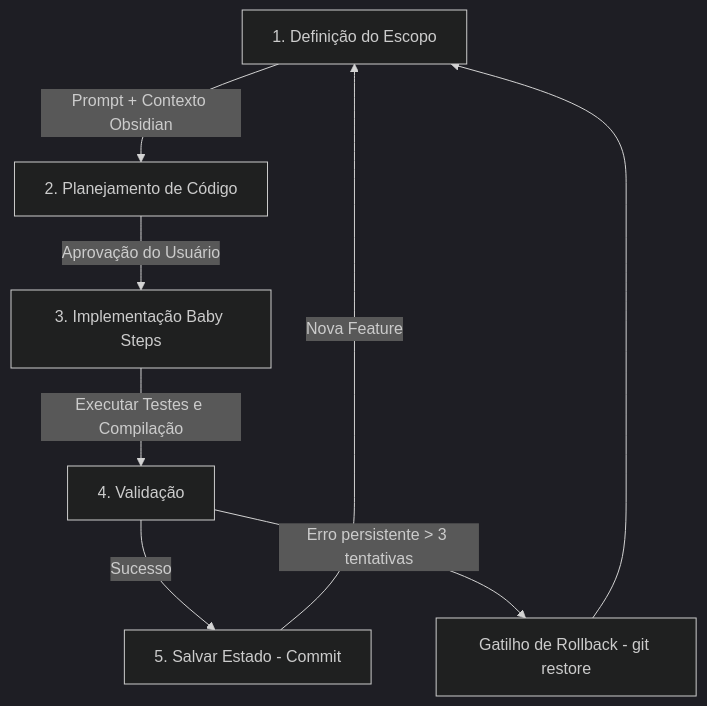
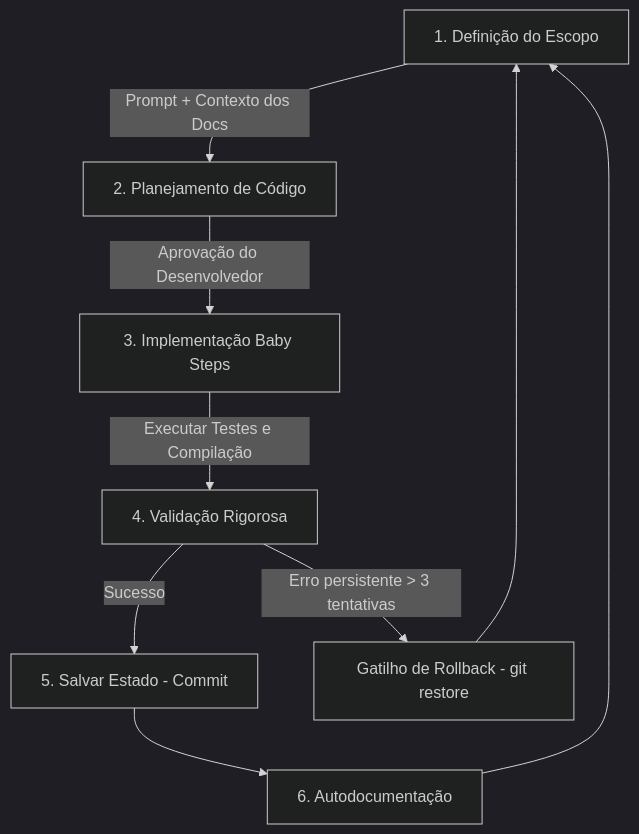
Before and after one commit to valfredodefarias/KyrusTech: the diagram in docs/Loops e Validacoes.md, drawn with Mermaid (dark theme). The commit also changed other lines of this file and 90 other files, not shown here.

````diff
--- a/docs/Loops e Validacoes.md
+++ b/docs/Loops e Validacoes.md
@@ -14,10 +17,11 @@
 ```mermaid
 graph TD
-    A[1. Definição do Escopo] -->|Prompt + Contexto Obsidian| B[2. Planejamento de Código]
-    B -->|Aprovação do Usuário| C[3. Implementação Baby Steps]
-    C -->|Executar Testes e Compilação| D[4. Validação]
+    A[1. Definição do Escopo] -->|Prompt + Contexto dos Docs| B[2. Planejamento de Código]
+    B -->|Aprovação do Desenvolvedor| C[3. Implementação Baby Steps]
+    C -->|Executar Testes e Compilação| D[4. Validação Rigorosa]
     D -->|Sucesso| E[5. Salvar Estado - Commit]
     D -->|Erro persistente > 3 tentativas| F[Gatilho de Rollback - git restore]
     F --> A
-    E -->|Nova Feature| A
+    E --> G[6. Autodocumentação]
+    G --> A
 ```
````
